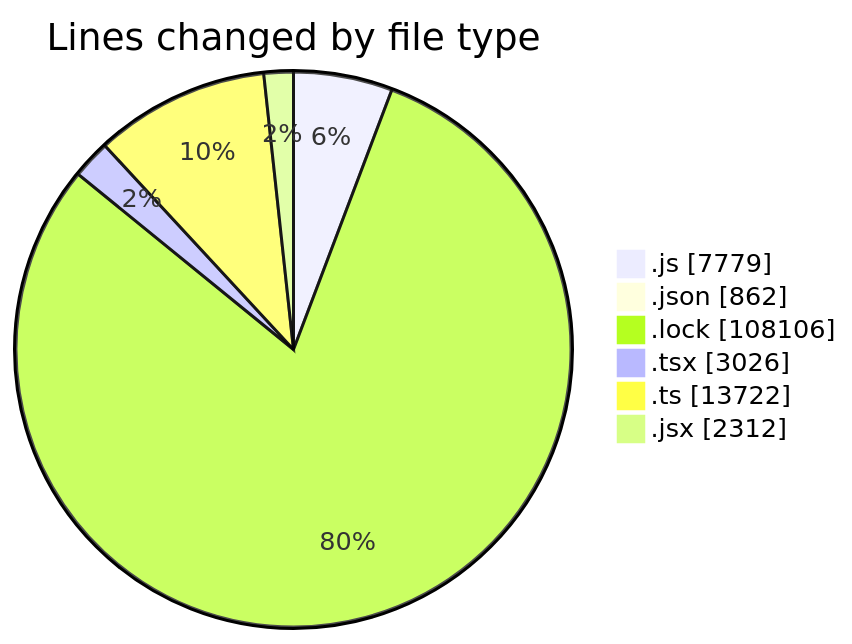
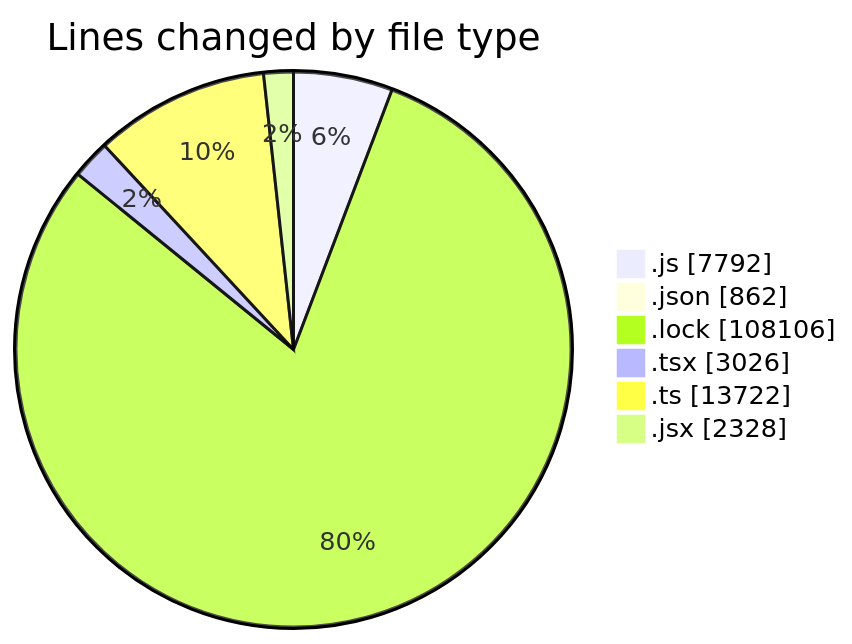
The first of 2 diagrams in 2025-12-18/cda/README.md (momahboobian/code-tracking), drawn with Mermaid before and after one commit. The commit also changed other lines of this file and 1 other file, not shown here.

````diff
--- a/2025-12-18/cda/README.md
+++ b/2025-12-18/cda/README.md
@@ -106,10 +106,10 @@
 ```mermaid
 pie showData
 title Lines changed by file type
-".js" : 7779
+".js" : 7792
 ".json" : 862
 ".lock" : 108106
 ".tsx" : 3026
 ".ts" : 13722
-".jsx" : 2312
+".jsx" : 2328
 ```
````
